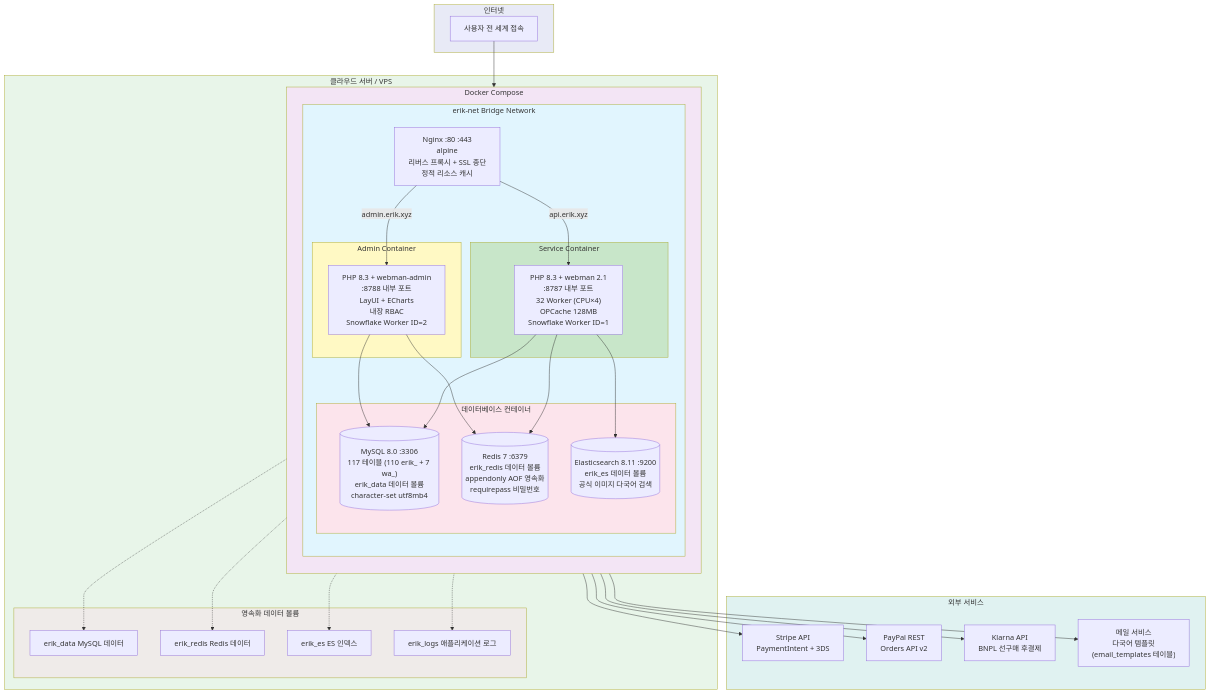
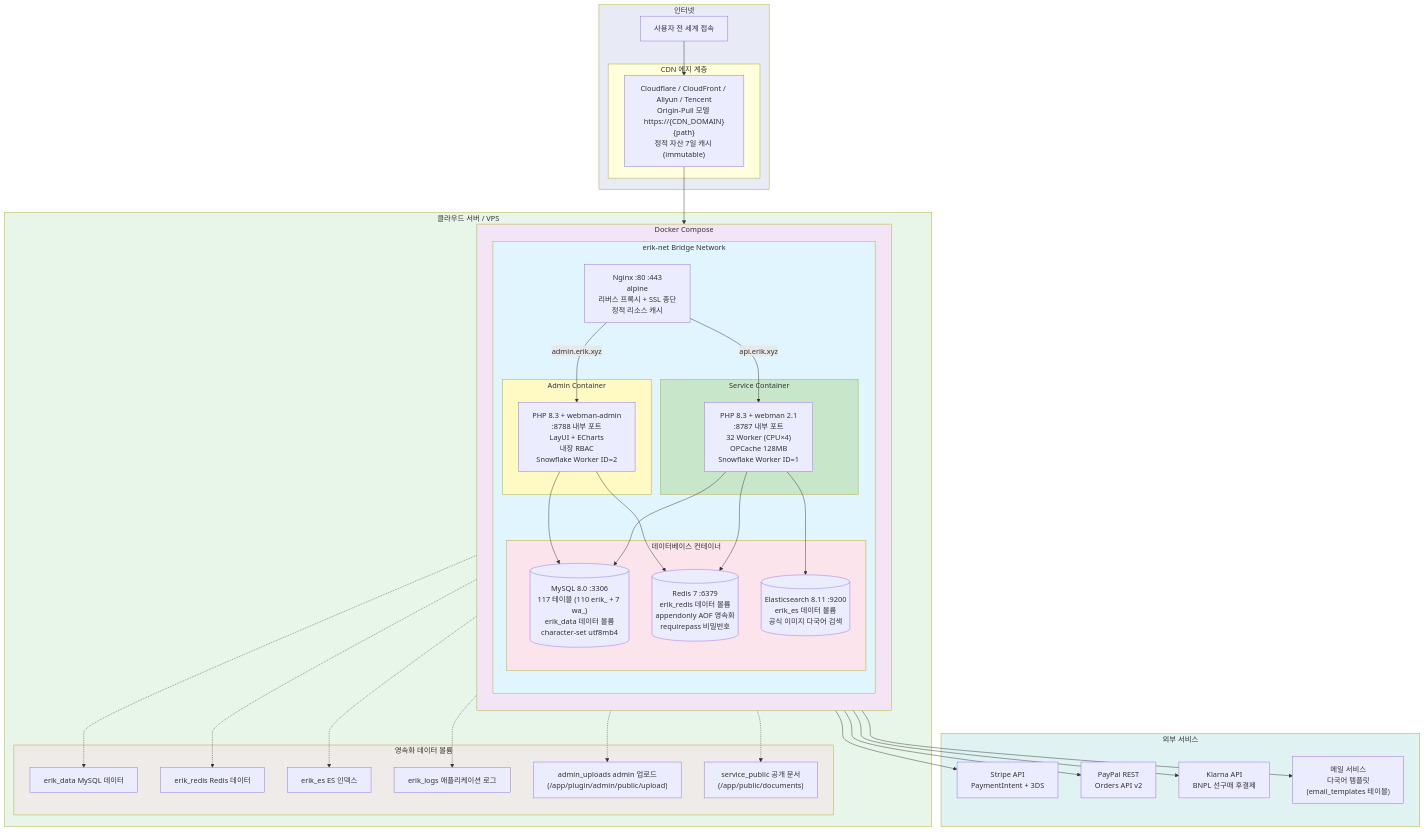
Before and after one commit to erikwang2013/erik-shop: the diagram in docs/i18n/ko/diagrams/06-deployment-architecture.mmd, drawn with Mermaid. The commit also changed 191 other files, not shown here.

First line of the commit message:
v1.2.0：CDN 内容分发接入（Origin-Pull 回源 + 四大云厂商适配 + 管理端配置/刷新/日志 + 上传持久化 + 全文档与12语言i18n同步 + Crypto 捐赠图文入库）

```diff
--- a/docs/i18n/ko/diagrams/06-deployment-architecture.mmd
+++ b/docs/i18n/ko/diagrams/06-deployment-architecture.mmd
@@ -1,71 +1,80 @@
 graph TB
     subgraph Internet["인터넷"]
         User["사용자 전 세계 접속"]
+
+        subgraph CDN["CDN 에지 계층"]
+            CDN_EDGE["Cloudflare / CloudFront / Aliyun / Tencent<br/>Origin-Pull 모델 https://{CDN_DOMAIN}{path}<br/>정적 자산 7일 캐시 (immutable)"]
+        end
     end
 
     subgraph VPS["클라우드 서버 / VPS"]
         subgraph Docker["Docker Compose"]
             direction TB
 
             subgraph Net["erik-net Bridge Network"]
                 direction TB
 
                 NGX["Nginx :80 :443<br/>alpine<br/>리버스 프록시 + SSL 종단<br/>정적 리소스 캐시"]
 
                 subgraph PHP_Service["Service Container"]
                     SVC["PHP 8.3 + webman 2.1<br/>:8787 내부 포트<br/>32 Worker (CPU×4)<br/>OPCache 128MB<br/>Snowflake Worker ID=1"]
                 end
 
                 subgraph PHP_Admin["Admin Container"]
                     ADM["PHP 8.3 + webman-admin<br/>:8788 내부 포트<br/>LayUI + ECharts<br/>내장 RBAC<br/>Snowflake Worker ID=2"]
                 end
 
                 subgraph DB["데이터베이스 컨테이너"]
                     MYSQL[("MySQL 8.0 :3306<br/>117 테이블 (110 erik_ + 7 wa_)<br/>erik_data 데이터 볼륨<br/>character-set utf8mb4")]
                     REDIS[("Redis 7 :6379<br/>erik_redis 데이터 볼륨<br/>appendonly AOF 영속화<br/>requirepass 비밀번호")]
                     ES[("Elasticsearch 8.11 :9200<br/>erik_es 데이터 볼륨<br/>공식 이미지 다국어 검색")]
                 end
             end
         end
 
         subgraph Volumes["영속화 데이터 볼륨"]
             V1["erik_data MySQL 데이터"]
             V2["erik_redis Redis 데이터"]
             V3["erik_es ES 인덱스"]
             V4["erik_logs 애플리케이션 로그"]
+            V5["admin_uploads admin 업로드<br/>(/app/plugin/admin/public/upload)"]
+            V6["service_public 공개 문서<br/>(/app/public/documents)"]
         end
     end
 
     subgraph External["외부 서비스"]
         Stripe["Stripe API<br/>PaymentIntent + 3DS"]
         PayPal["PayPal REST<br/>Orders API v2"]
         Klarna["Klarna API<br/>BNPL 선구매 후결제"]
         SMTP["메일 서비스<br/>다국어 템플릿<br/>(email_templates 테이블)"]
     end
 
-    User --> NGX
+    User --> CDN_EDGE
+    CDN_EDGE --> NGX
     NGX -->|api.erik.xyz| SVC
     NGX -->|admin.erik.xyz| ADM
     SVC --> MYSQL
     SVC --> REDIS
     SVC --> ES
     SVC --> Stripe
     SVC --> PayPal
     SVC --> Klarna
     SVC --> SMTP
     ADM --> MYSQL
     ADM --> REDIS
     MYSQL -.-> V1
     REDIS -.-> V2
     ES -.-> V3
     SVC -.-> V4
+    SVC -.-> V6
+    ADM -.-> V5
 
     style Internet fill:#e8eaf6
     style VPS fill:#e8f5e9
     style Docker fill:#f3e5f5
     style Net fill:#e1f5fe
     style PHP_Service fill:#c8e6c9
     style PHP_Admin fill:#fff9c4
     style DB fill:#fce4ec
     style Volumes fill:#efebe9
     style External fill:#e0f2f1
```
